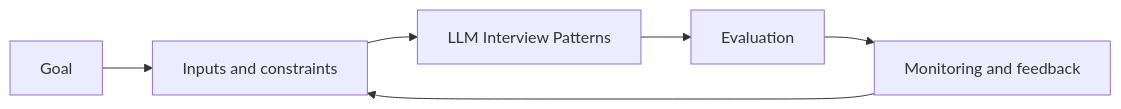
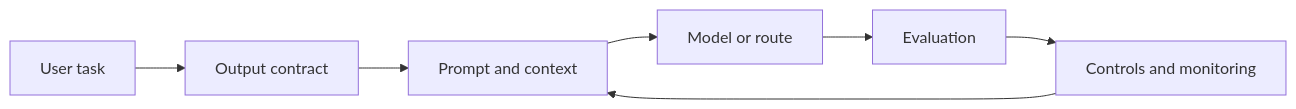
Before and after one commit to Icon1cc/Machine-Learning: the diagram in llms/17-llm-interview-patterns.md, drawn with Mermaid. The commit also changed other lines of this file and 20 other files, not shown here.

````diff
--- a/llms/17-llm-interview-patterns.md
+++ b/llms/17-llm-interview-patterns.md
@@ -93,8 +99,9 @@
 ```mermaid
 flowchart LR
-    A[Goal] --> B[Inputs and constraints]
-    B --> C[LLM Interview Patterns]
-    C --> D[Evaluation]
-    D --> E[Monitoring and feedback]
-    E --> B
+    A[User task] --> B[Output contract]
+    B --> C[Prompt and context]
+    C --> D[Model or route]
+    D --> E[Evaluation]
+    E --> F[Controls and monitoring]
+    F --> C
 ```
````
